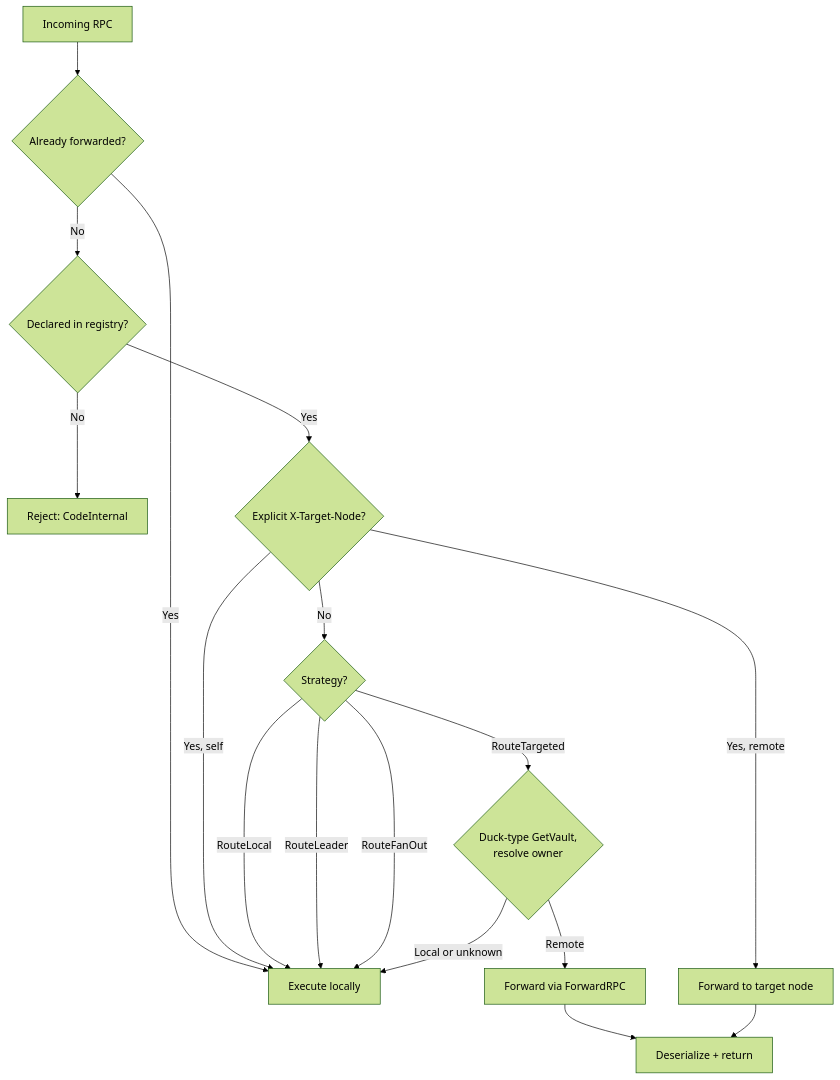
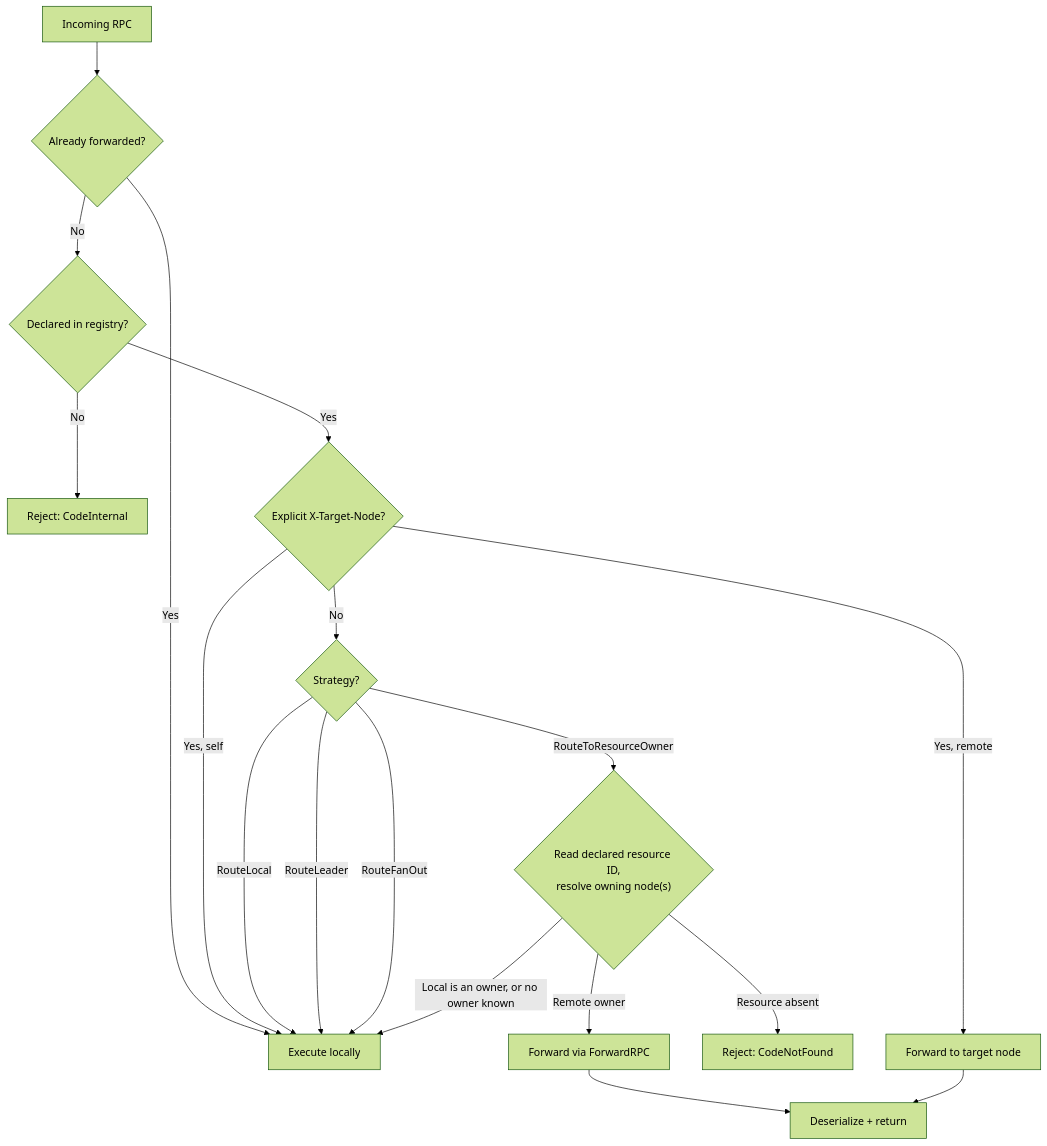
One commit to kluzzebass/gastrolog changed the first of 3 diagrams in docs/cluster_routing.md. Above: the diagram before and after it, drawn with Mermaid (forest theme). The commit also changed other lines of this file and 15 other files, not shown here.

````diff
--- a/docs/cluster_routing.md
+++ b/docs/cluster_routing.md
@@ -14,23 +14,24 @@
 ```mermaid
 flowchart TD
     Request["Incoming RPC"] --> Forwarded{"Already forwarded?"}
     Forwarded -->|Yes| Local["Execute locally"]
     Forwarded -->|No| Declared{"Declared in registry?"}
 
     Declared -->|No| Reject["Reject: CodeInternal"]
     Declared -->|Yes| Target{"Explicit X-Target-Node?"}
 
     Target -->|Yes, remote| ForwardExplicit["Forward to target node"]
     Target -->|Yes, self| Local
     Target -->|No| CheckStrategy{"Strategy?"}
 
     CheckStrategy -->|RouteLocal| Local
     CheckStrategy -->|RouteLeader| Local
     CheckStrategy -->|RouteFanOut| Local
-    CheckStrategy -->|RouteTargeted| FindOwner{"Duck-type GetVault,<br/>resolve owner"}
+    CheckStrategy -->|RouteToResourceOwner| FindOwner{"Read declared resource ID,<br/>resolve owning node(s)"}
 
-    FindOwner -->|Local or unknown| Local
-    FindOwner -->|Remote| Forward["Forward via ForwardRPC"]
+    FindOwner -->|"Resource absent"| NotFound["Reject: CodeNotFound"]
+    FindOwner -->|"Local is an owner, or no owner known"| Local
+    FindOwner -->|Remote owner| Forward["Forward via ForwardRPC"]
     Forward --> ProxyBack["Deserialize + return"]
     ForwardExplicit --> ProxyBack
 ```
````
